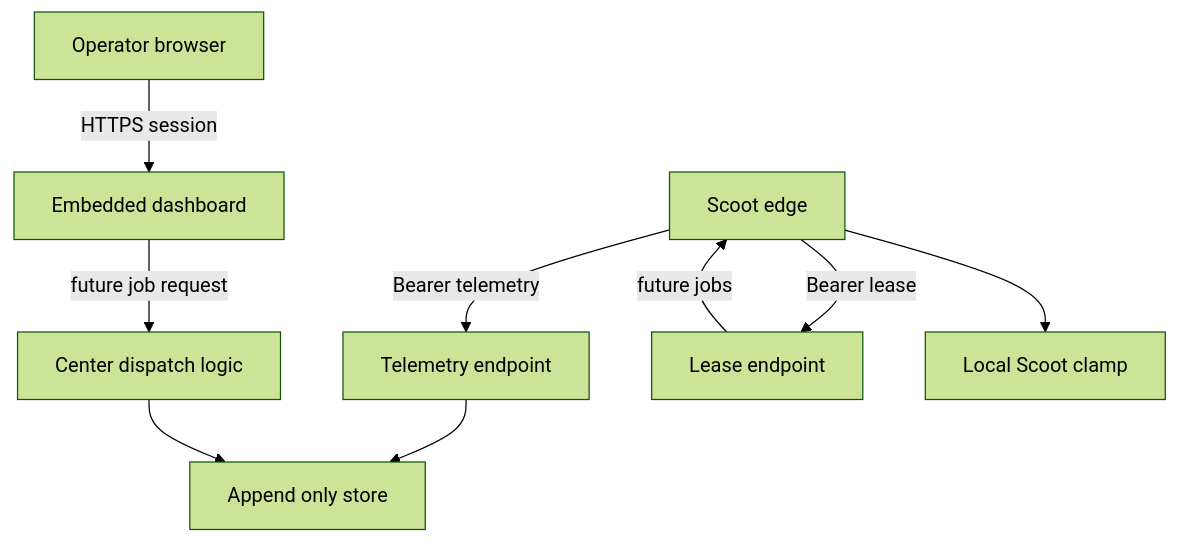
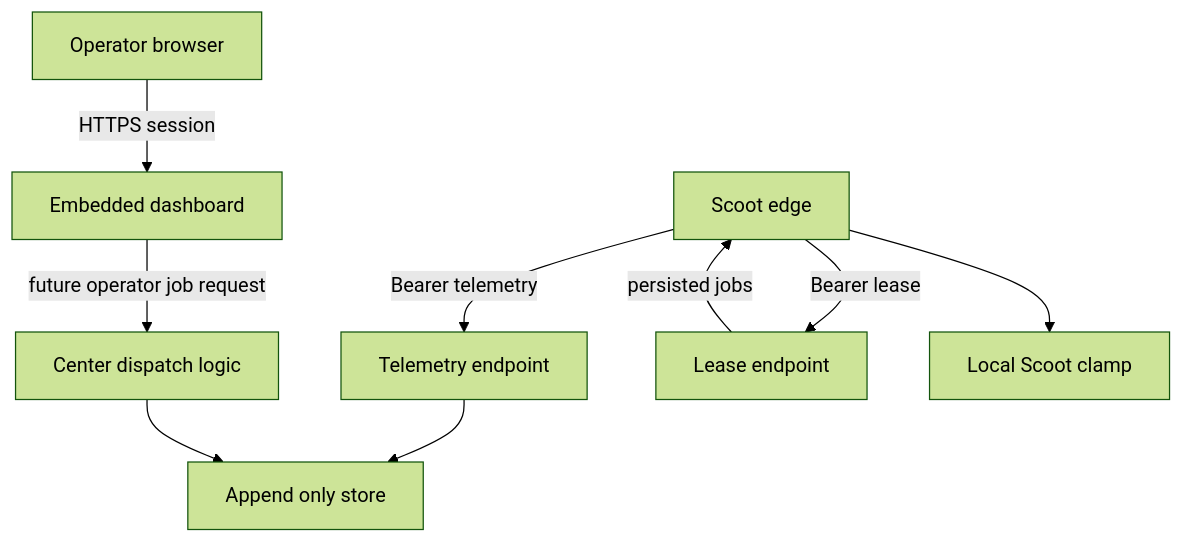
One commit to jamiesun/scootship changed the diagram in docs/dispatch-threat-model.md. Above: the diagram before and after it, drawn with Mermaid (forest theme). The commit also changed other lines of this file and 19 other files, not shown here.

Commit message:
Add center-side dispatch core (#30)

````diff
--- a/docs/dispatch-threat-model.md
+++ b/docs/dispatch-threat-model.md
@@ -67,11 +72,11 @@
 ```mermaid
 flowchart TD
   O["Operator browser"] -->|HTTPS session| D["Embedded dashboard"]
-  D -->|future job request| C["Center dispatch logic"]
+  D -->|future operator job request| C["Center dispatch logic"]
   E["Scoot edge"] -->|Bearer telemetry| T["Telemetry endpoint"]
   E -->|Bearer lease| L["Lease endpoint"]
   T --> S["Append only store"]
   C --> S
-  L -->|future jobs| E
+  L -->|persisted jobs| E
   E --> A["Local Scoot clamp"]
 ```
````
